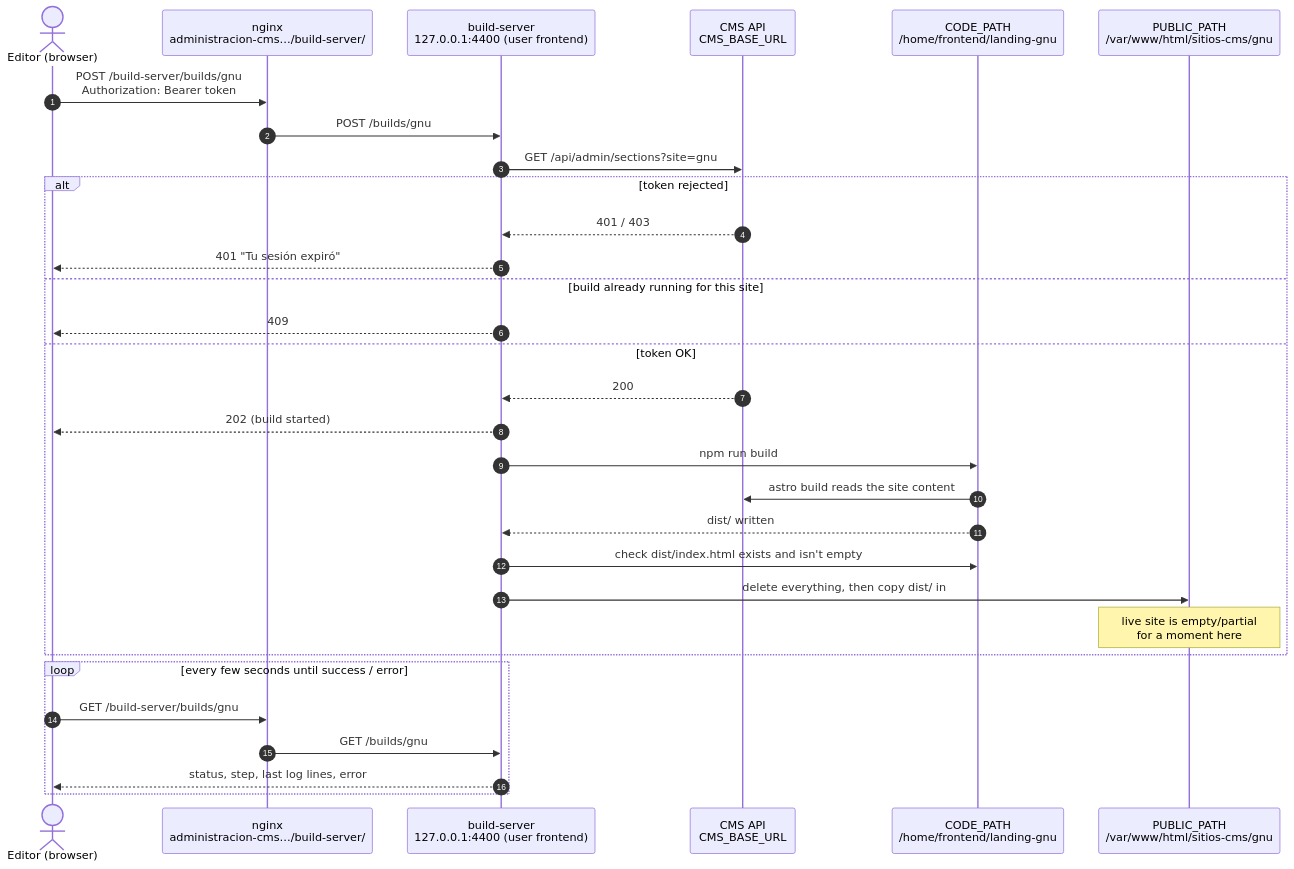
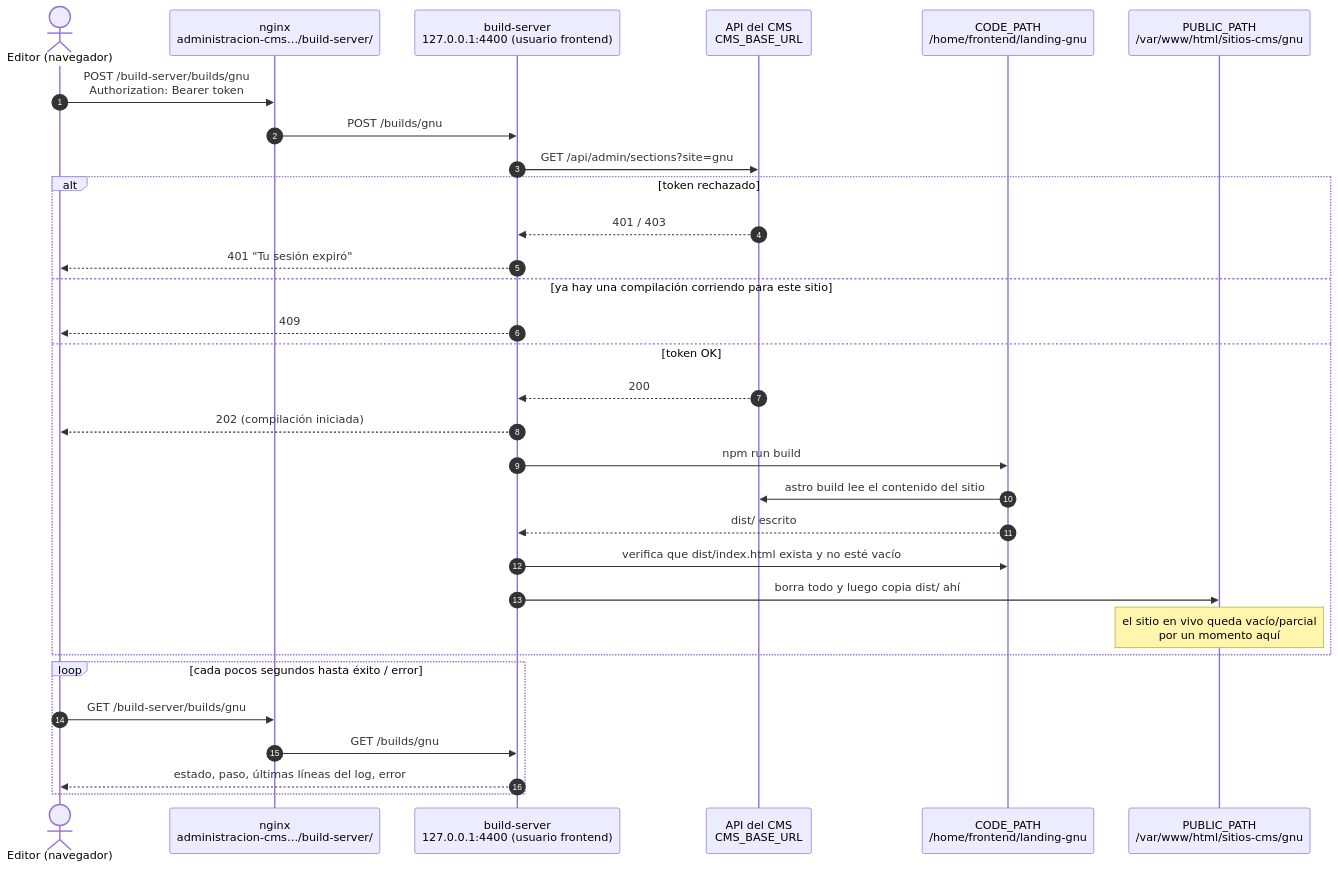
The diagram in build-server/README.md (Carlos-Tz/cms-frontend), drawn with Mermaid before and after one commit. The commit also changed other lines of this file and 43 other files, not shown here.

````diff
--- a/build-server/README.md
+++ b/build-server/README.md
@@ -316,34 +316,34 @@
 ```mermaid
 sequenceDiagram
     autonumber
-    actor Editor as Editor (browser)
+    actor Editor as Editor (navegador)
     participant Nginx as nginx<br/>administracion-cms…/build-server/
-    participant BS as build-server<br/>127.0.0.1:4400 (user frontend)
-    participant CMS as CMS API<br/>CMS_BASE_URL
+    participant BS as build-server<br/>127.0.0.1:4400 (usuario frontend)
+    participant CMS as API del CMS<br/>CMS_BASE_URL
     participant Code as CODE_PATH<br/>/home/frontend/landing-gnu
     participant Pub as PUBLIC_PATH<br/>/var/www/html/sitios-cms/gnu
 
     Editor->>Nginx: POST /build-server/builds/gnu<br/>Authorization: Bearer token
     Nginx->>BS: POST /builds/gnu
     BS->>CMS: GET /api/admin/sections?site=gnu
-    alt token rejected
+    alt token rechazado
         CMS-->>BS: 401 / 403
         BS-->>Editor: 401 "Tu sesión expiró"
-    else build already running for this site
+    else ya hay una compilación corriendo para este sitio
         BS-->>Editor: 409
     else token OK
         CMS-->>BS: 200
-        BS-->>Editor: 202 (build started)
+        BS-->>Editor: 202 (compilación iniciada)
         BS->>Code: npm run build
-        Code->>CMS: astro build reads the site content
-        Code-->>BS: dist/ written
-        BS->>Code: check dist/index.html exists and isn't empty
-        BS->>Pub: delete everything, then copy dist/ in
-        Note over Pub: live site is empty/partial<br/>for a moment here
+        Code->>CMS: astro build lee el contenido del sitio
+        Code-->>BS: dist/ escrito
+        BS->>Code: verifica que dist/index.html exista y no esté vacío
+        BS->>Pub: borra todo y luego copia dist/ ahí
+        Note over Pub: el sitio en vivo queda vacío/parcial<br/>por un momento aquí
     end
-    loop every few seconds until success / error
+    loop cada pocos segundos hasta éxito / error
         Editor->>Nginx: GET /build-server/builds/gnu
         Nginx->>BS: GET /builds/gnu
-        BS-->>Editor: status, step, last log lines, error
+        BS-->>Editor: estado, paso, últimas líneas del log, error
     end
 ```
````
